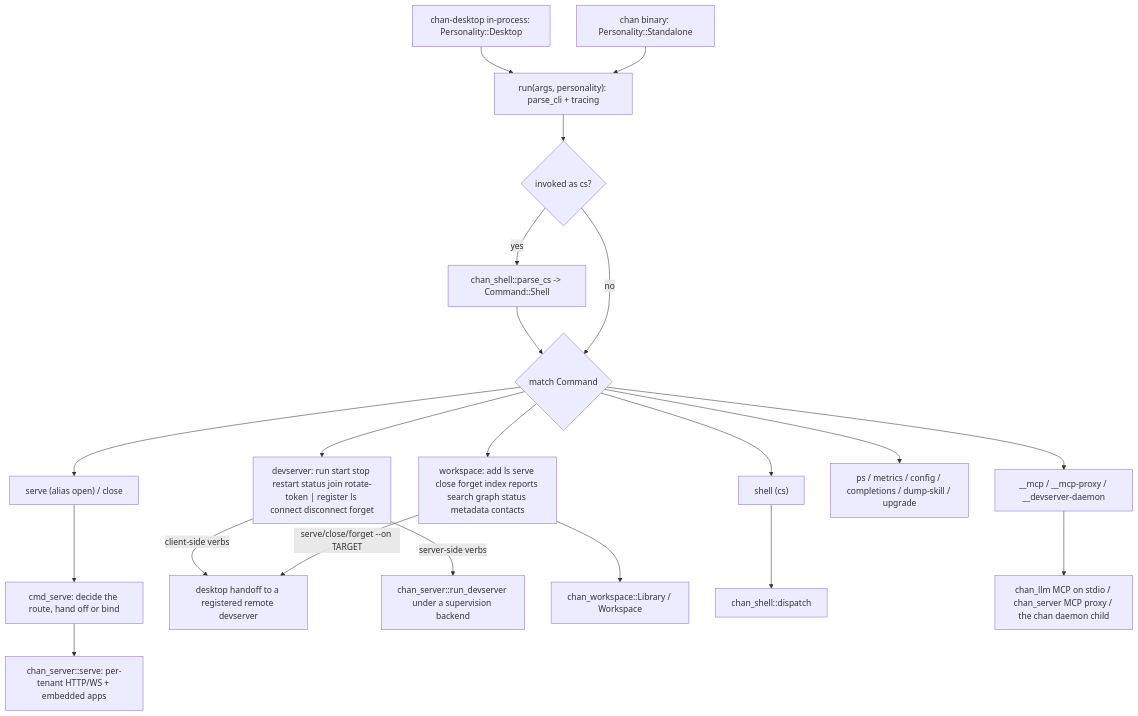
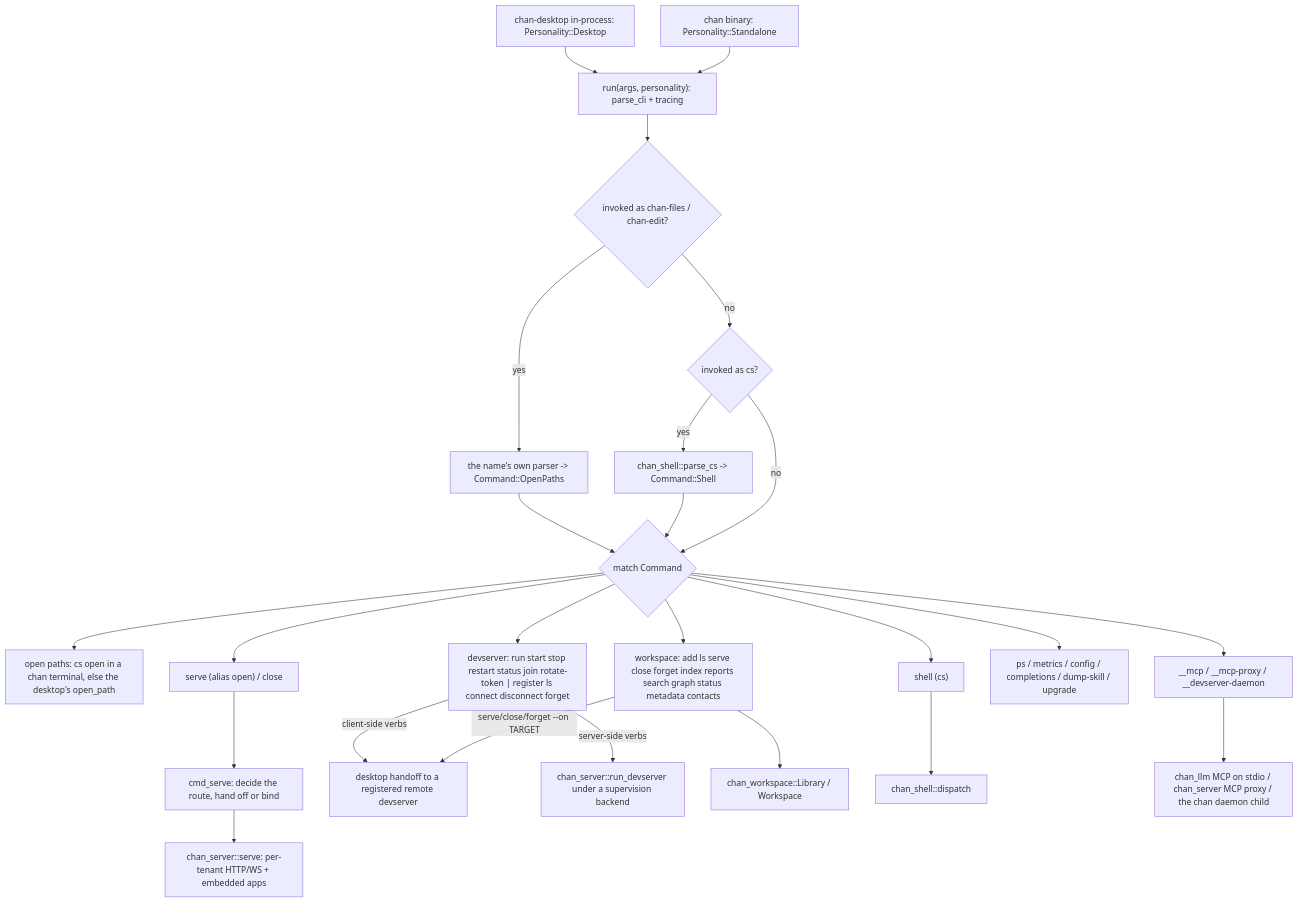
Before and after one commit to fiorix/chan: the first of 3 diagrams in crates/chan/design.md, drawn with Mermaid. The commit also changed other lines of this file and 14 other files, not shown here.

````diff
--- a/crates/chan/design.md
+++ b/crates/chan/design.md
@@ -28,23 +28,27 @@
 ```mermaid
 flowchart TB
   Standalone["chan binary: Personality::Standalone"] --> Run
   Desktop["chan-desktop in-process: Personality::Desktop"] --> Run
-  Run["run(args, personality): parse_cli + tracing"] --> Alias{"invoked as cs?"}
+  Run["run(args, personality): parse_cli + tracing"] --> Opener{"invoked as chan-files / chan-edit?"}
+  Opener -->|"yes"| Open["the name's own parser -> Command::OpenPaths"]
+  Opener -->|"no"| Alias{"invoked as cs?"}
   Alias -->|"yes"| Cs["chan_shell::parse_cs -> Command::Shell"]
   Alias -->|"no"| Dispatch{"match Command"}
   Cs --> Dispatch
+  Open --> Dispatch
+  Dispatch --> OpenCmd["open paths: cs open in a chan terminal, else the desktop's open_path"]
   Dispatch --> ServeCmd["serve (alias open) / close"]
   Dispatch --> Ws["workspace: add ls serve close forget index reports search graph status metadata contacts"]
   Dispatch --> Dev["devserver: run start stop restart status join rotate-token | register ls connect disconnect forget"]
   Dispatch --> Sh["shell (cs)"]
   Dispatch --> Other["ps / metrics / config / completions / dump-skill / upgrade"]
   Dispatch --> Hidden["__mcp / __mcp-proxy / __devserver-daemon"]
   ServeCmd --> Serve["cmd_serve: decide the route, hand off or bind"]
   Ws -->|"serve/close/forget --on TARGET"| Remote["desktop handoff to a registered remote devserver"]
   Serve --> CS["chan_server::serve: per-tenant HTTP/WS + embedded apps"]
   Dev -->|"server-side verbs"| RunDev["chan_server::run_devserver under a supervision backend"]
   Dev -->|"client-side verbs"| Remote
   Ws --> Lib["chan_workspace::Library / Workspace"]
   Sh --> ShDisp["chan_shell::dispatch"]
   Hidden --> Llm["chan_llm MCP on stdio / chan_server MCP proxy / the chan daemon child"]
 ```
````
